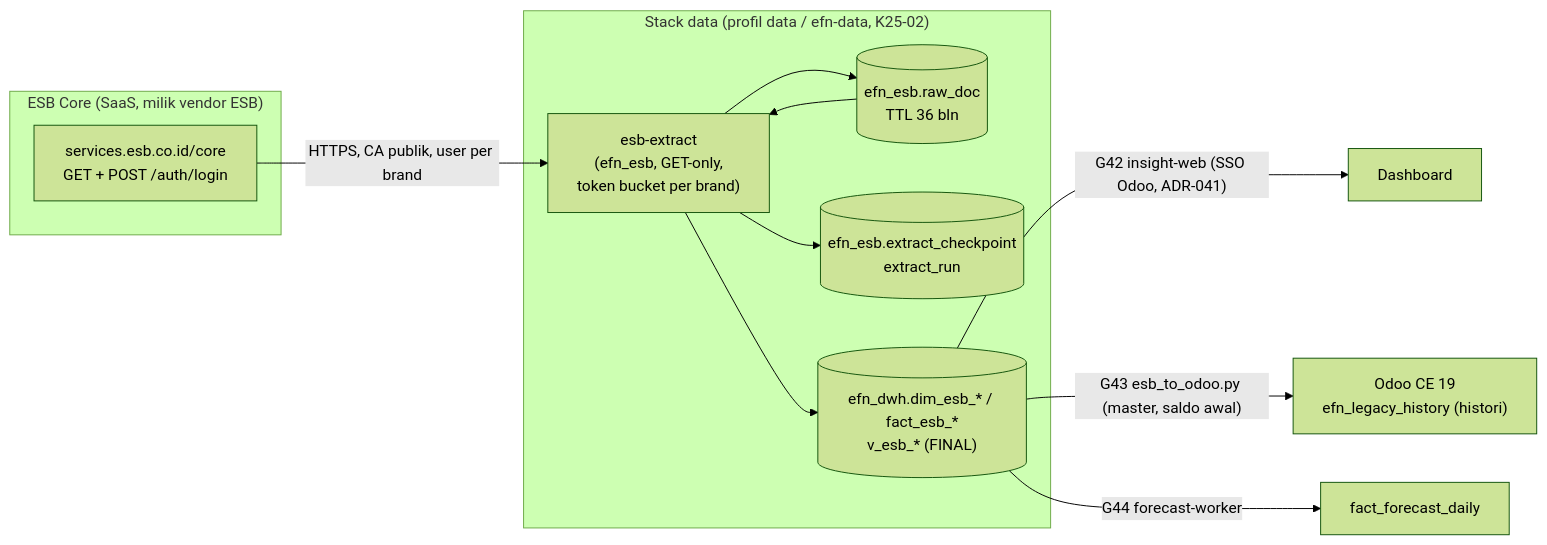
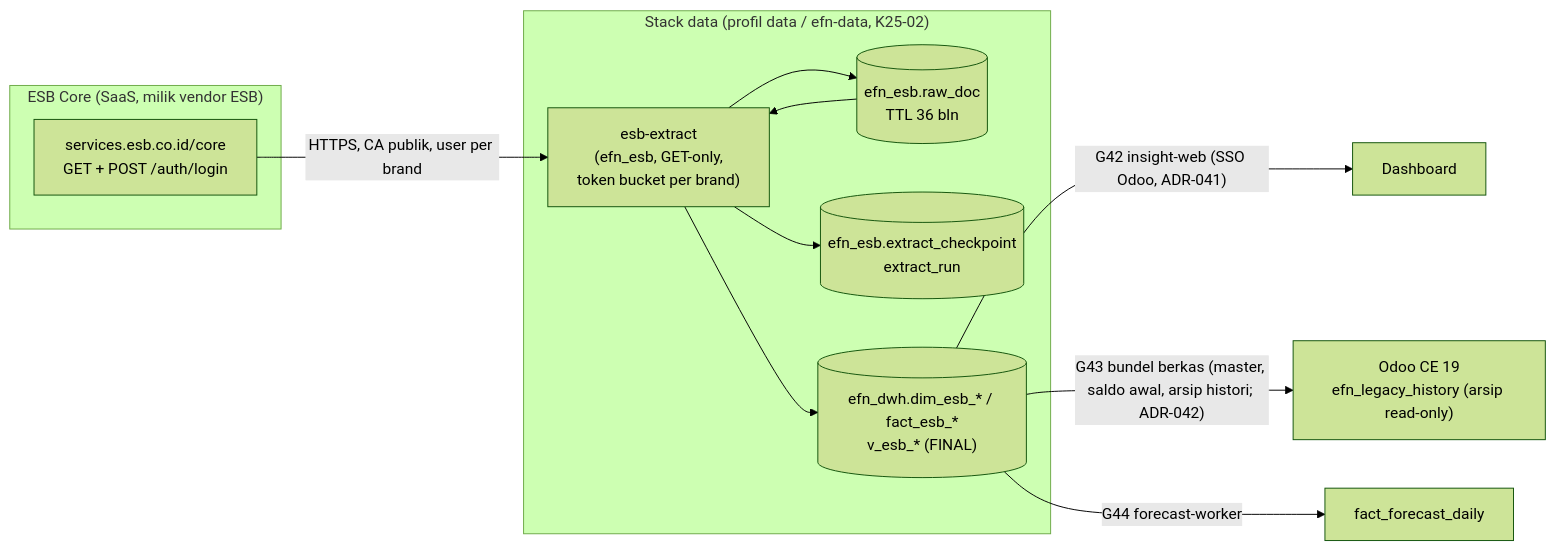
The diagram in docs/decisions/ADR-040-integrasi-esb-core-datamart.md (BIma-Creative-Tech/efn-platform), drawn with Mermaid (forest theme) before and after one commit. The commit also changed other lines of this file and 100 other files, not shown here.

First line of the commit message:
G43 phase 2: ESB->Odoo migration engine, efn_legacy_history, importer, infra

````diff
--- a/docs/decisions/ADR-040-integrasi-esb-core-datamart.md
+++ b/docs/decisions/ADR-040-integrasi-esb-core-datamart.md
@@ -88,19 +93,19 @@
 ```mermaid
 flowchart LR
   subgraph ESB["ESB Core (SaaS, milik vendor ESB)"]
     API["services.esb.co.id/core<br/>GET + POST /auth/login"]
   end
   subgraph DATA["Stack data (profil data / efn-data, K25-02)"]
     X["esb-extract<br/>(efn_esb, GET-only,<br/>token bucket per brand)"]
     RAW[("efn_esb.raw_doc<br/>TTL 36 bln")]
     CP[("efn_esb.extract_checkpoint<br/>extract_run")]
     MART[("efn_dwh.dim_esb_* / fact_esb_*<br/>v_esb_* (FINAL)")]
   end
   API -- "HTTPS, CA publik, user per brand" --> X
   X --> RAW --> X
   X --> MART
   X --> CP
   MART -- "G42 insight-web (SSO Odoo, ADR-041)" --> W["Dashboard"]
-  MART -- "G43 esb_to_odoo.py (master, saldo awal)" --> O["Odoo CE 19<br/>efn_legacy_history (histori)"]
+  MART -- "G43 bundel berkas (master, saldo awal, arsip histori; ADR-042)" --> O["Odoo CE 19<br/>efn_legacy_history (arsip read-only)"]
   MART -- "G44 forecast-worker" --> F["fact_forecast_daily"]
 ```
````
